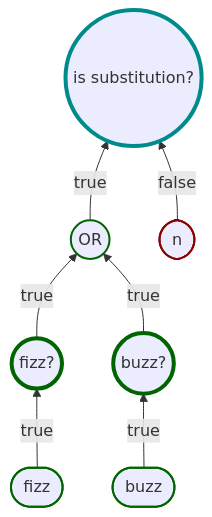
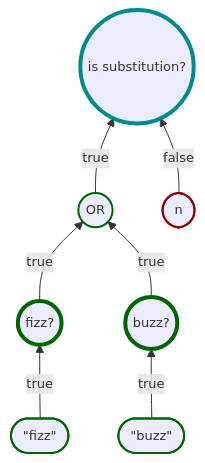
Before and after one commit to karlssberg/Motiv: the sixth of 6 diagrams in index.md, drawn with Mermaid. The commit also changed other lines of this file and 161 other files, not shown here.

Commit message:
Added policy fluent builder methods/propositions that permit accessing the BooleanResultBase in the WhenTrue/WhenFalse/WhenTrueYield/WhenFalseYield Deprecated the Metadata property for a property called Values.

````diff
--- a/index.md
+++ b/index.md
@@ -179,19 +210,20 @@
 ```mermaid
+%%{init: { 'themeVariables': { 'fontSize': '13px' }}}%%
 flowchart BT
-    TrueOr((OR)) -->|true| P((is substitution?))
-    False([n]) -->|false| P
-    TrueIsFizz((fizz?)) -->|true| TrueOr
-    TrueIsBuzz((buzz?)) -->|true| TrueOr
-    TrueIsFizzTrue([fizz]) -->|true| TrueIsFizz
-    TrueIsBuzzTrue([buzz]) -->|true| TrueIsBuzz
+    TrueOr((OR)) -->|true| P(("is substitution?"))
+    False(["n"]) -->|false| P
+    TrueIsFizz(("fizz?")) -->|true| TrueOr
+    TrueIsBuzz(("buzz?")) -->|true| TrueOr
+    TrueIsFizzTrue(["&quot;fizz&quot;"]) -->|true| TrueIsFizz
+    TrueIsBuzzTrue(["&quot;buzz&quot;"]) -->|true| TrueIsBuzz
 
 
     style P stroke:darkcyan,stroke-width:4px
     style TrueOr stroke:darkgreen,stroke-width:2px
     style TrueIsFizz stroke:darkgreen,stroke-width:4px
     style TrueIsBuzz stroke:darkgreen,stroke-width:4px
     style TrueIsFizzTrue stroke:darkgreen,stroke-width:2px
     style TrueIsBuzzTrue stroke:darkgreen,stroke-width:2px
 
     style False stroke:darkred,stroke-width:2px
 ```
````
